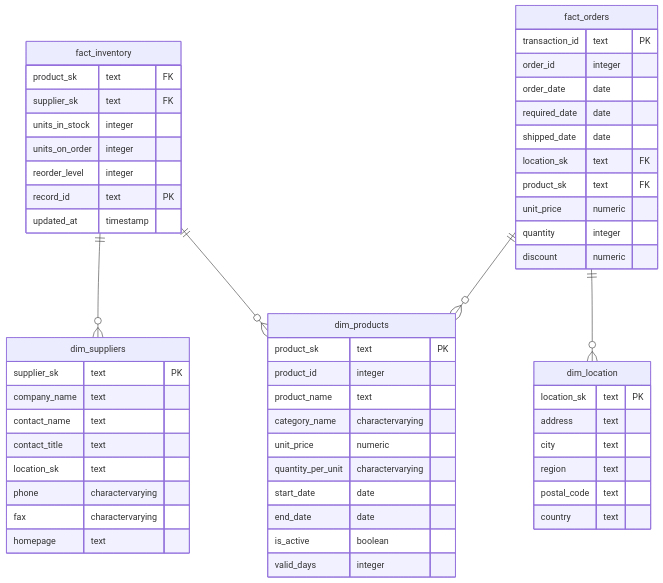
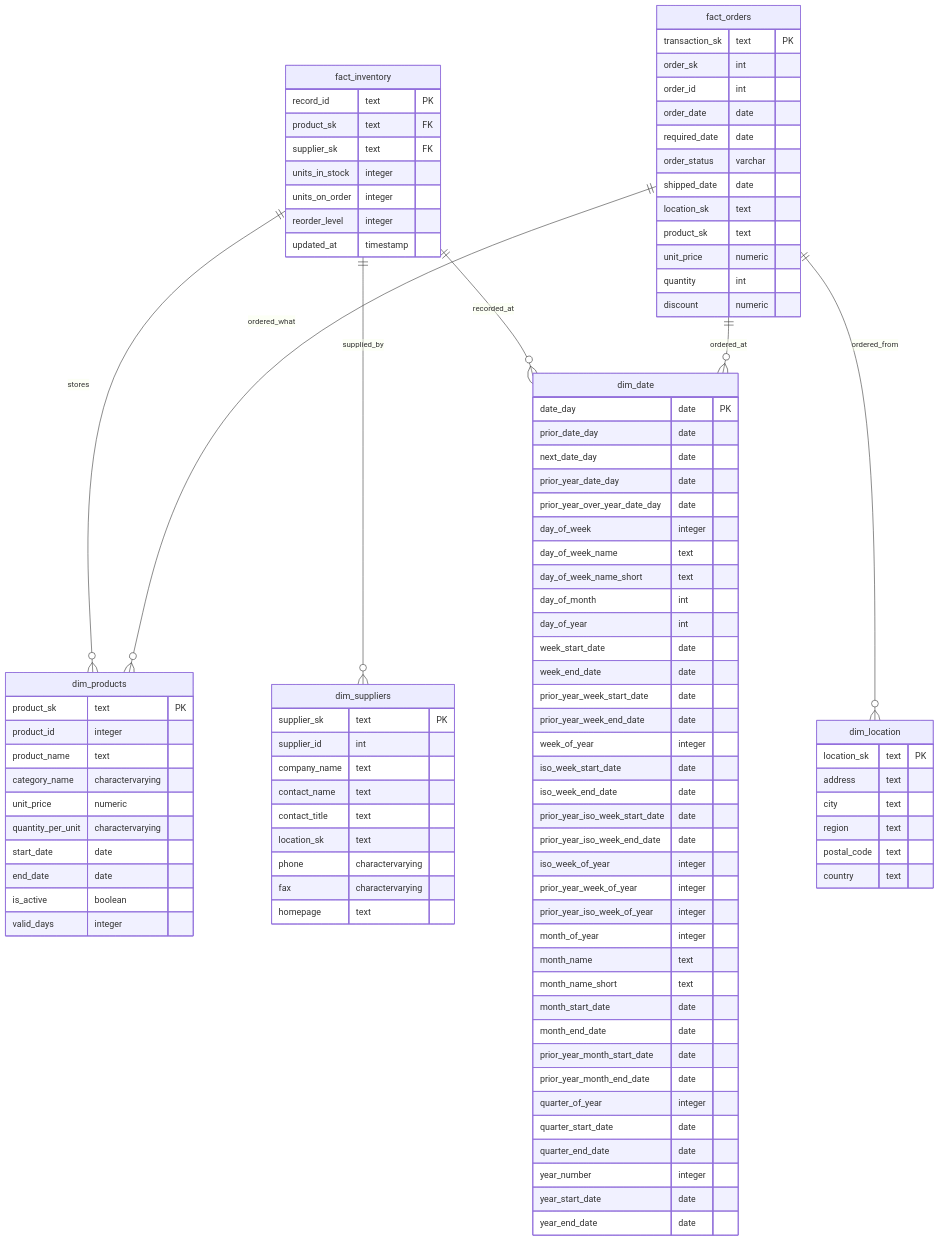
One commit to ahmadMuhammadGd/northwind-dbt changed the diagram in README.md. Above: the diagram before and after it, drawn with Mermaid. The commit also changed other lines of this file and 1 other file, not shown here.

Commit message:
new readme

````diff
--- a/README.md
+++ b/README.md
@@ -18,30 +40,34 @@
 ```mermaid
 erDiagram
-    fact_inventory ||--o{ dim_products: ""
-    fact_inventory ||--o{ dim_suppliers: ""
-    fact_orders ||--o{ dim_location: ""
-    fact_orders ||--o{ dim_products: ""
-    
+    fact_inventory ||--o{ dim_products: "stores"
+    fact_inventory ||--o{ dim_suppliers: "supplied_by"
+    fact_inventory ||--o{ dim_date: "recorded_at"
+    fact_orders ||--o{ dim_location: "ordered_from"
+    fact_orders ||--o{ dim_products: "ordered_what"
+    fact_orders ||--o{ dim_date: "ordered_at"
+
     fact_orders {
-        transaction_id	text       PK
-        order_id	    integer     
-        order_date	    date
-        required_date	date
-        shipped_date	date
-        location_sk	    text        FK
-        product_sk	    text        FK
-        unit_price	    numeric
-        quantity	    integer
-        discount	    numeric
+        transaction_sk  text    PK
+        order_sk        int
+        order_id        int
+        order_date      date
+        required_date   date
+        order_status    varchar
+        shipped_date    date
+        location_sk     text
+        product_sk      text
+        unit_price      numeric
+        quantity        int
+        discount        numeric
     }
 
     fact_inventory {
+        record_id	    text        PK
         product_sk	    text        FK
         supplier_sk	    text        FK
         units_in_stock	integer
         units_on_order	integer
         reorder_level	integer
-        record_id	    text        PK
         updated_at	    timestamp
     }
 
@@ -69,7 +95,8 @@
 
 
     dim_suppliers{
-        supplier_sk     text                PK
+        supplier_sk     text     PK
+        supplier_id     int
         company_name    text                
         contact_name    text                
         contact_title   text                
@@ -78,4 +105,42 @@
         fax     	    charactervarying                
         homepage        text                
     }
+
+    dim_date {
+        date_day                        date    PK
+        prior_date_day                  date
+        next_date_day                   date
+        prior_year_date_day             date
+        prior_year_over_year_date_day   date
+        day_of_week                     integer
+        day_of_week_name                text
+        day_of_week_name_short          text
+        day_of_month                    int
+        day_of_year                     int
+        week_start_date                 date
+        week_end_date                   date
+        prior_year_week_start_date      date
+        prior_year_week_end_date        date
+        week_of_year                    integer
+        iso_week_start_date             date
+        iso_week_end_date               date
+        prior_year_iso_week_start_date  date
+        prior_year_iso_week_end_date    date
+        iso_week_of_year                integer
+        prior_year_week_of_year         integer
+        prior_year_iso_week_of_year     integer
+        month_of_year                   integer
+        month_name                      text
+        month_name_short                text
+        month_start_date                date
+        month_end_date                  date
+        prior_year_month_start_date     date
+        prior_year_month_end_date       date
+        quarter_of_year                 integer
+        quarter_start_date              date
+        quarter_end_date                date
+        year_number                     integer
+        year_start_date                 date
+        year_end_date                   date
+    }
 ```
````
